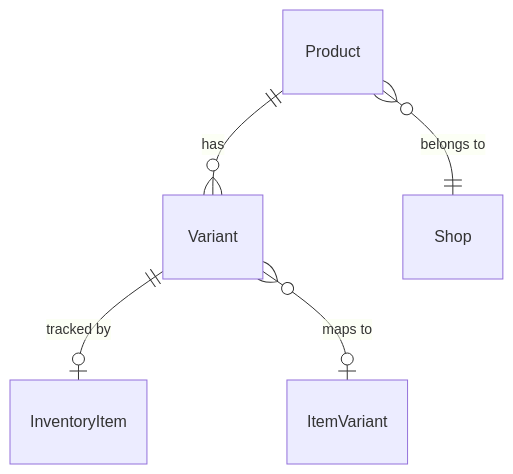
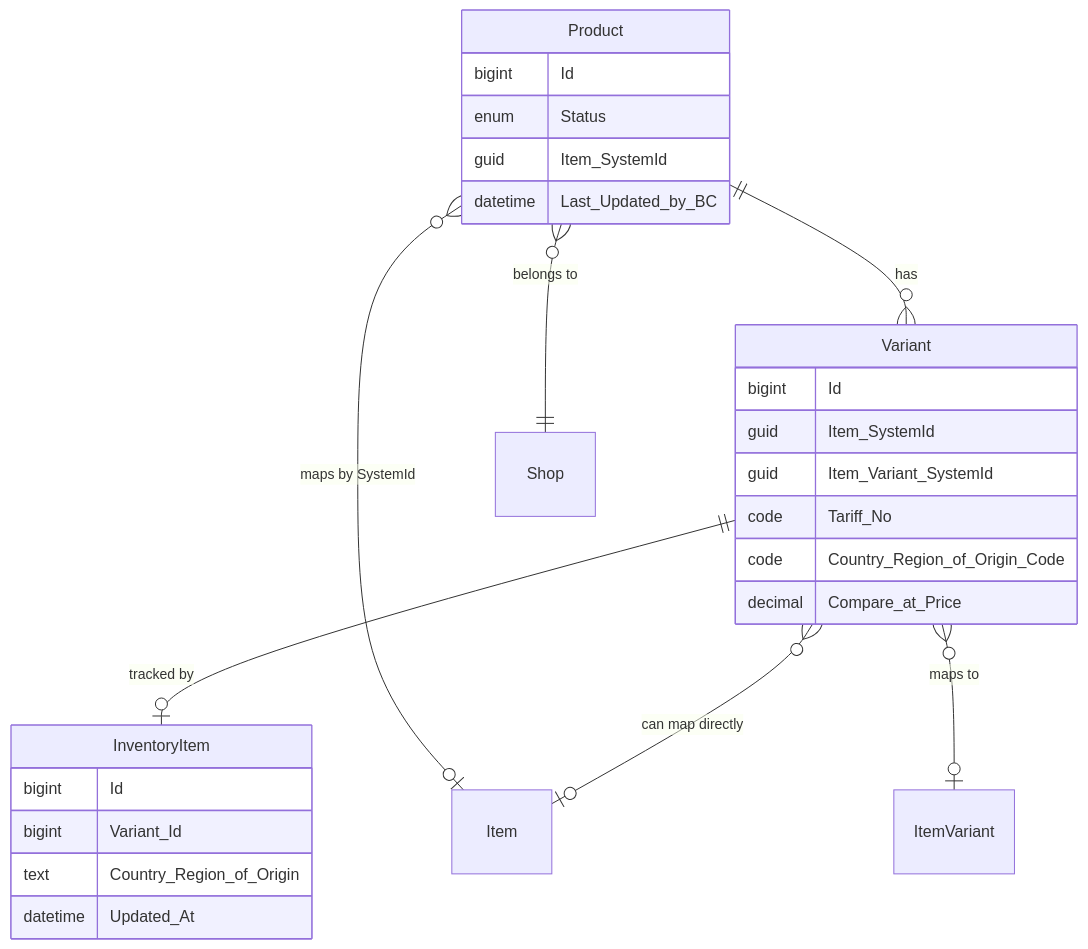
The diagram in Shopify Connector/src/Products/docs/data-model.md (StefanMaron/MSDyn365BC.Sandbox.Code.History), drawn with Mermaid before and after one commit. The commit also changed other lines of this file and 407 other files, not shown here.

````diff
--- a/Shopify Connector/src/Products/docs/data-model.md
+++ b/Shopify Connector/src/Products/docs/data-model.md
@@ -5,7 +5,30 @@
 ```mermaid
 erDiagram
     Product ||--o{ Variant : "has"
     Variant ||--o| InventoryItem : "tracked by"
     Product }o--|| Shop : "belongs to"
+    Product }o--o| Item : "maps by SystemId"
+    Variant }o--o| Item : "can map directly"
     Variant }o--o| ItemVariant : "maps to"
+
+    Product {
+        bigint Id
+        enum Status
+        guid Item_SystemId
+        datetime Last_Updated_by_BC
+    }
+    Variant {
+        bigint Id
+        guid Item_SystemId
+        guid Item_Variant_SystemId
+        code Tariff_No
+        code Country_Region_of_Origin_Code
+        decimal Compare_at_Price
+    }
+    InventoryItem {
+        bigint Id
+        bigint Variant_Id
+        text Country_Region_of_Origin
+        datetime Updated_At
+    }
 ```
````
